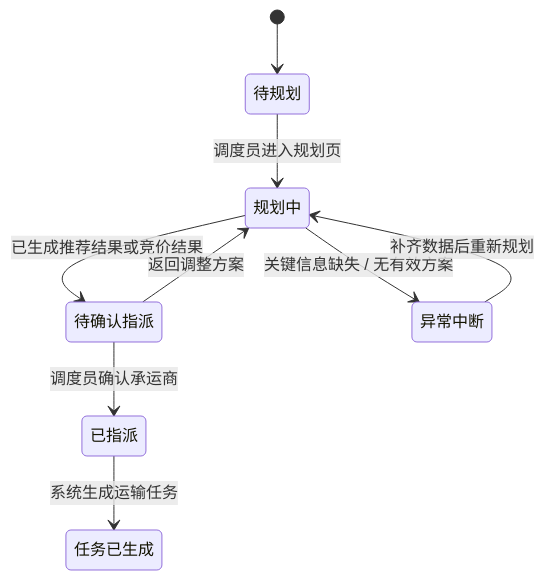
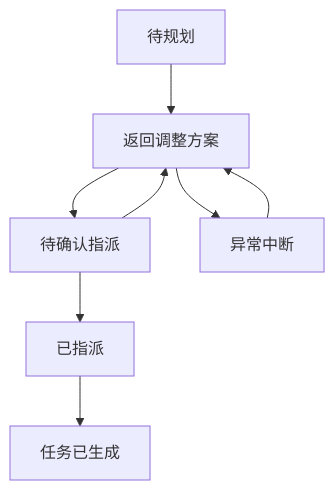
Before and after one commit to husinglemon-art/TMS_Shipper: the fourth of 4 diagrams in 01_Master_Documents/Product_Architecture.md, drawn with Mermaid. The commit also changed 1 other file, not shown here.

Commit message:
docs: save final Gemini Canvas prototype link

````diff
--- a/01_Master_Documents/Product_Architecture.md
+++ b/01_Master_Documents/Product_Architecture.md
@@ -137,11 +137,10 @@
 ```mermaid
-stateDiagram-v2
-    [*] --> 待规划
-    待规划 --> 规划中 : 调度员进入规划页
-    规划中 --> 待确认指派 : 已生成推荐结果或竞价结果
-    待确认指派 --> 已指派 : 调度员确认承运商
-    已指派 --> 任务已生成 : 系统生成运输任务
-    规划中 --> 异常中断 : 关键信息缺失 / 无有效方案
-    异常中断 --> 规划中 : 补齐数据后重新规划
-    待确认指派 --> 规划中 : 返回调整方案
+flowchart TD
+    A[待规划] --> B[规划中]
+    B --> C[待确认指派]
+    C --> D[已指派]
+    D --> E[任务已生成]
+    B --> F[异常中断]
+    F --> B[补齐数据后重新规划]
+    C --> B[返回调整方案]
 ```
````
